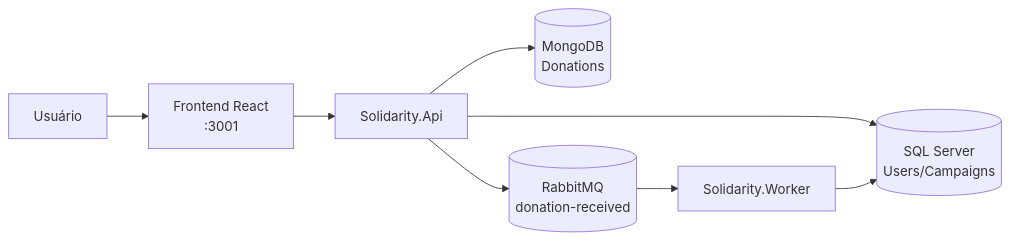
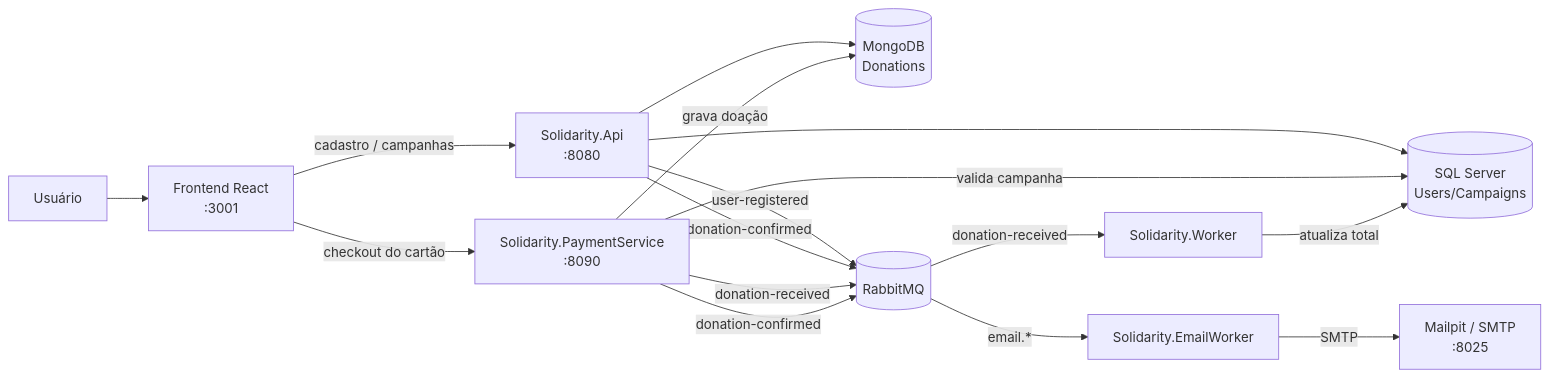
Before and after one commit to pedrojeromel/SolidarityConnection: the first of 2 diagrams in README.md, drawn with Mermaid. The commit also changed other lines of this file, not shown here.

First line of the commit message:
docs: atualiza arquitetura e acessos com payment-service e e-mail

````diff
--- a/README.md
+++ b/README.md
@@ -13,10 +13,24 @@
 ```mermaid
 flowchart LR
     U[Usuário] --> FRONT[Frontend React<br/>:3001]
-    FRONT --> API[Solidarity.Api]
+
+    FRONT -->|cadastro / campanhas| API[Solidarity.Api<br/>:8080]
+    FRONT -->|checkout do cartão| PAY[Solidarity.PaymentService<br/>:8090]
+
     API --> SQL[(SQL Server<br/>Users/Campaigns)]
     API --> MONGO[(MongoDB<br/>Donations)]
-    API --> MQ[(RabbitMQ<br/>donation-received)]
-    MQ --> WORKER[Solidarity.Worker]
-    WORKER --> SQL
+
+    PAY -->|valida campanha| SQL
+    PAY -->|grava doação| MONGO
+
+    API -->|user-registered| MQ[(RabbitMQ)]
+    API -->|donation-confirmed| MQ
+    PAY -->|donation-received| MQ
+    PAY -->|donation-confirmed| MQ
+
+    MQ -->|donation-received| WORKER[Solidarity.Worker]
+    WORKER -->|atualiza total| SQL
+
+    MQ -->|email.*| EMAIL[Solidarity.EmailWorker]
+    EMAIL -->|SMTP| MAIL[Mailpit / SMTP<br/>:8025]
 ```
````
